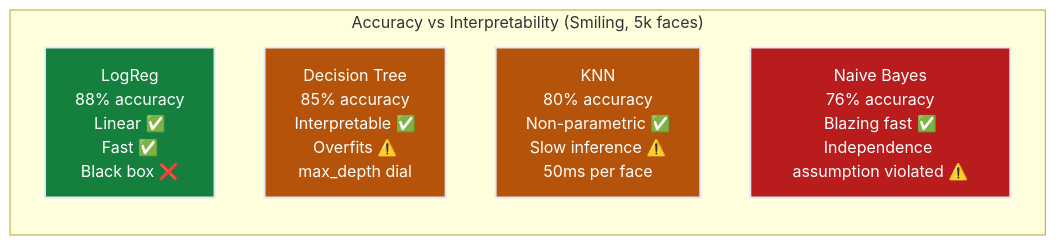
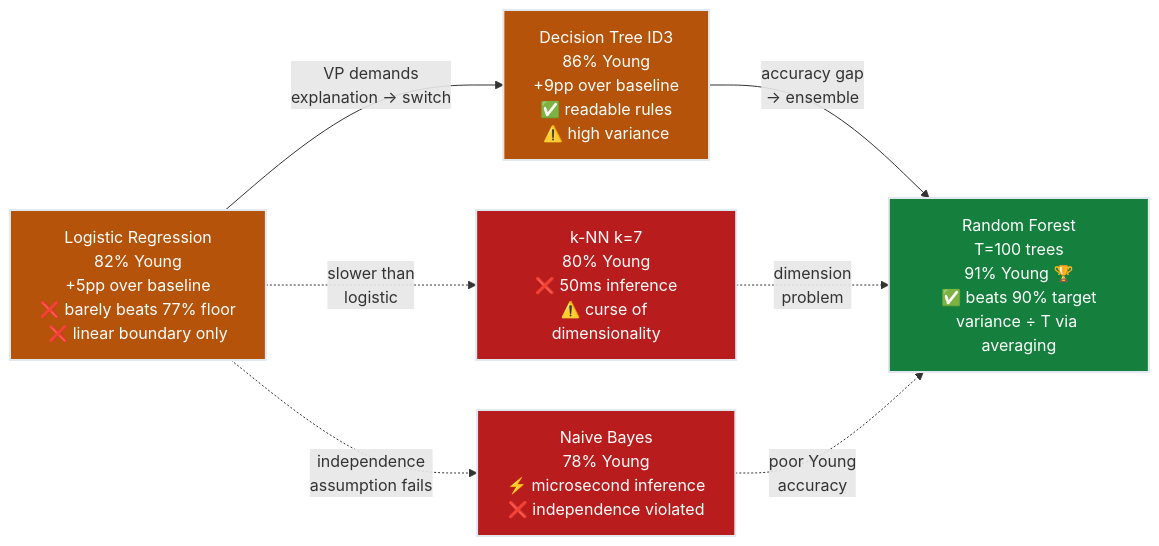
One commit to deepakshamsft/ai-portfolio changed the third of 3 diagrams in notes/01-ml/02_classification/ch02_classical_classifiers/README.md. Above: the diagram before and after it, drawn with Mermaid. The commit also changed other lines of this file and 727 other files, not shown here.

````diff
--- a/notes/01-ml/02_classification/ch02_classical_classifiers/README.md
+++ b/notes/01-ml/02_classification/ch02_classical_classifiers/README.md
@@ -270,14 +510,21 @@
 ```mermaid
-graph LR
-    subgraph "Accuracy vs Interpretability (Smiling, 5k faces)"
-        A["LogReg<br/>88% accuracy<br/>Linear ✅<br/>Fast ✅<br/>Black box ❌"] 
-        B["Decision Tree<br/>85% accuracy<br/>Interpretable ✅<br/>Overfits ⚠️<br/>max_depth dial"]
-        C["KNN<br/>80% accuracy<br/>Non-parametric ✅<br/>Slow inference ⚠️<br/>50ms per face"]
-        D["Naive Bayes<br/>76% accuracy<br/>Blazing fast ✅<br/>Independence assumption violated ⚠️"]
-    end
-    
-    style A fill:#15803d,stroke:#e2e8f0,stroke-width:2px,color:#ffffff
-    style B fill:#b45309,stroke:#e2e8f0,stroke-width:2px,color:#ffffff
-    style C fill:#b45309,stroke:#e2e8f0,stroke-width:2px,color:#ffffff
-    style D fill:#b91c1c,stroke:#e2e8f0,stroke-width:2px,color:#ffffff
+flowchart LR
+    LR["Logistic Regression<br/>82% Young<br/>+5pp over baseline<br/>❌ barely beats 77% floor<br/>❌ linear boundary only"]
+    DT["Decision Tree ID3<br/>86% Young<br/>+9pp over baseline<br/>✅ readable rules<br/>⚠️ high variance"]
+    KNN["k-NN k=7<br/>80% Young<br/>❌ 50ms inference<br/>⚠️ curse of dimensionality"]
+    NB["Naive Bayes<br/>78% Young<br/>⚡ microsecond inference<br/>❌ independence violated"]
+    RF["Random Forest<br/>T=100 trees<br/>91% Young 🏆<br/>✅ beats 90% target<br/>variance ÷ T via averaging"]
+
+    LR -->|"VP demands<br/>explanation → switch"| DT
+    DT -->|"accuracy gap<br/>→ ensemble"| RF
+    LR -.->|"slower than<br/>logistic"| KNN
+    LR -.->|"independence<br/>assumption fails"| NB
+    KNN -.->|"dimension<br/>problem"| RF
+    NB  -.->|"poor Young<br/>accuracy"| RF
+
+    style LR  fill:#b45309,stroke:#e2e8f0,stroke-width:2px,color:#ffffff
+    style DT  fill:#b45309,stroke:#e2e8f0,stroke-width:2px,color:#ffffff
+    style KNN fill:#b91c1c,stroke:#e2e8f0,stroke-width:2px,color:#ffffff
+    style NB  fill:#b91c1c,stroke:#e2e8f0,stroke-width:2px,color:#ffffff
+    style RF  fill:#15803d,stroke:#e2e8f0,stroke-width:2px,color:#ffffff
 ```
````
